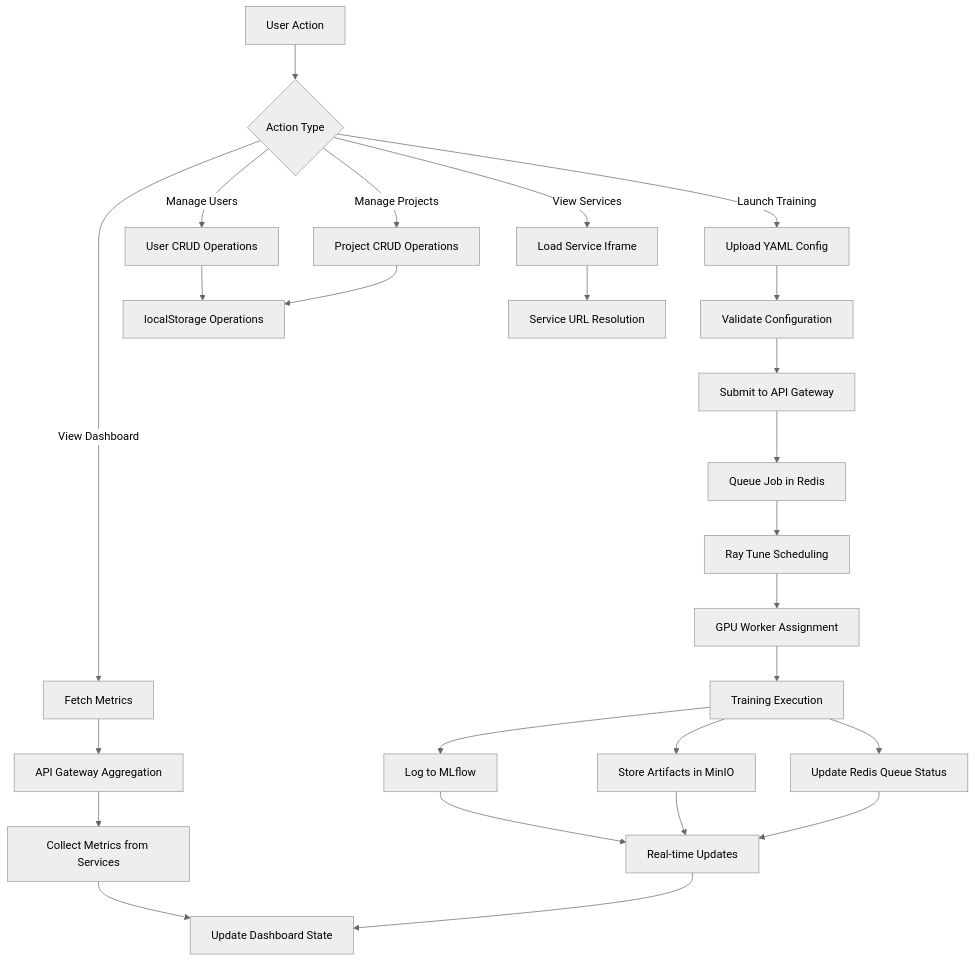
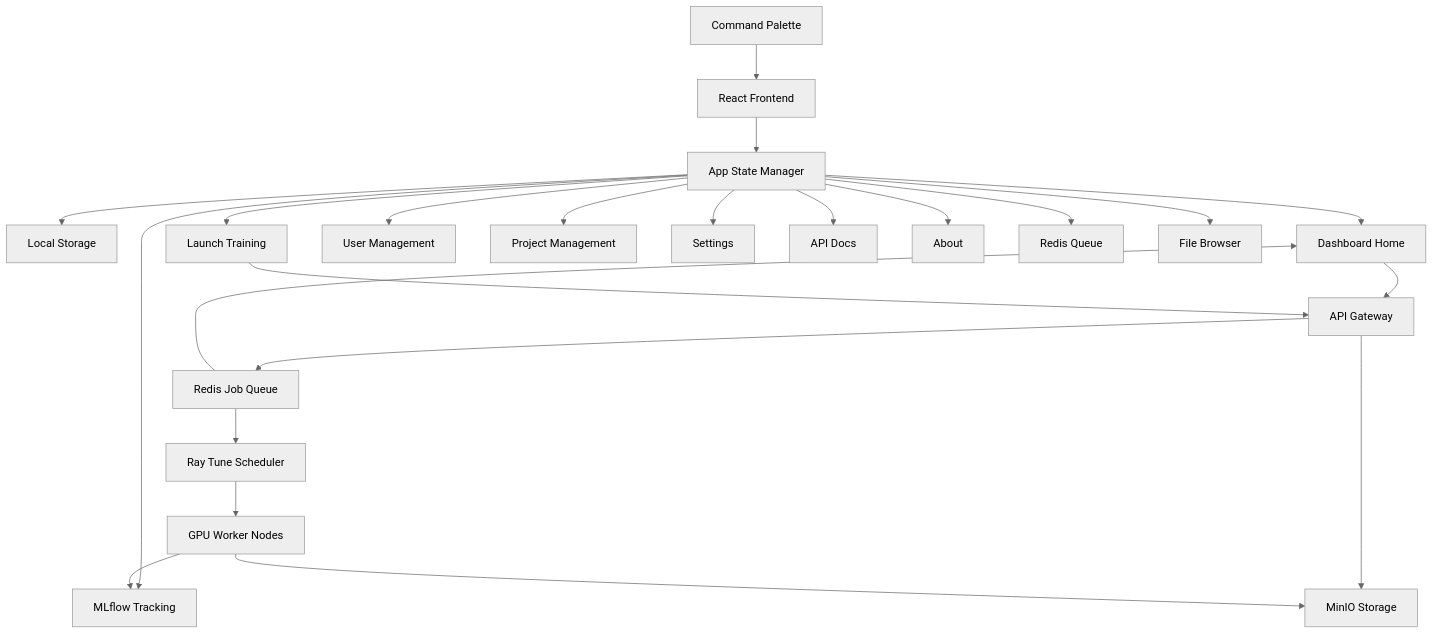
Before and after one commit to wisrovi/NeuralForgeAI: the first of 7 diagrams in README.md, drawn with Mermaid (neutral theme). The commit also changed other lines of this file and 3 other files, not shown here.

First line of the commit message:
docs: Update README with GitHub-compatible Mermaid diagrams

````diff
--- a/README.md
+++ b/README.md
@@ -28,34 +31,25 @@
 ```mermaid
-flowchart TD
-    A[User Action] --> B{Action Type}
-    
-    B -->|Launch Training| C[Upload YAML Config]
-    B -->|View Dashboard| D[Fetch Metrics]
-    B -->|Manage Users| E[User CRUD Operations]
-    B -->|Manage Projects| F[Project CRUD Operations]
-    B -->|View Services| G[Load Service Iframe]
-    
-    C --> H[Validate Configuration]
-    H --> I[Submit to API Gateway]
-    I --> J[Queue Job in Redis]
-    J --> K[Ray Tune Scheduling]
-    K --> L[GPU Worker Assignment]
-    
-    D --> M[API Gateway Aggregation]
-    M --> N[Collect Metrics from Services]
-    N --> O[Update Dashboard State]
-    
-    E --> P[localStorage Operations]
-    F --> P
-    G --> Q[Service URL Resolution]
-    
-    L --> R[Training Execution]
-    R --> S[Log to MLflow]
-    R --> T[Store Artifacts in MinIO]
-    R --> U[Update Redis Queue Status]
-    
-    S --> V[Real-time Updates]
-    T --> V
-    U --> V
-    V --> O
+graph TD
+    A[React Frontend] --> B[App State Manager]
+    C[Command Palette] --> A
+    B --> D[Local Storage]
+    B --> E[Dashboard Home]
+    B --> F[Launch Training]
+    B --> G[User Management]
+    B --> H[Project Management]
+    B --> I[Settings]
+    B --> J[API Docs]
+    B --> K[About]
+    B --> L[MLflow Tracking]
+    B --> M[Redis Queue]
+    B --> N[File Browser]
+    E --> O[API Gateway]
+    F --> O
+    O --> P[Redis Job Queue]
+    O --> Q[MinIO Storage]
+    P --> R[Ray Tune Scheduler]
+    R --> S[GPU Worker Nodes]
+    S --> L
+    S --> Q
+    P --> E
 ```
````
